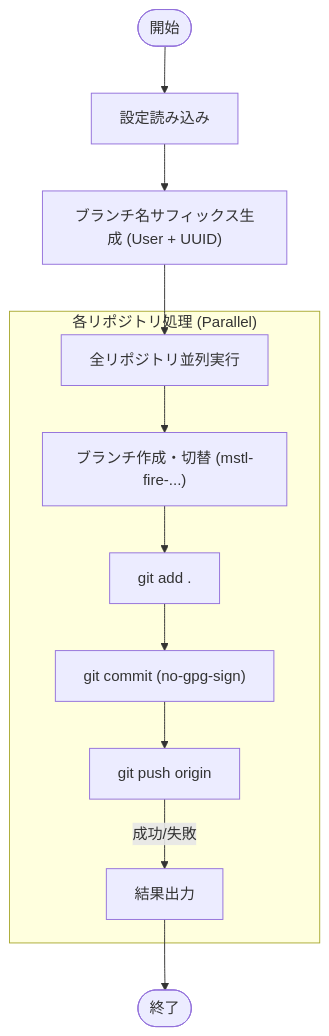
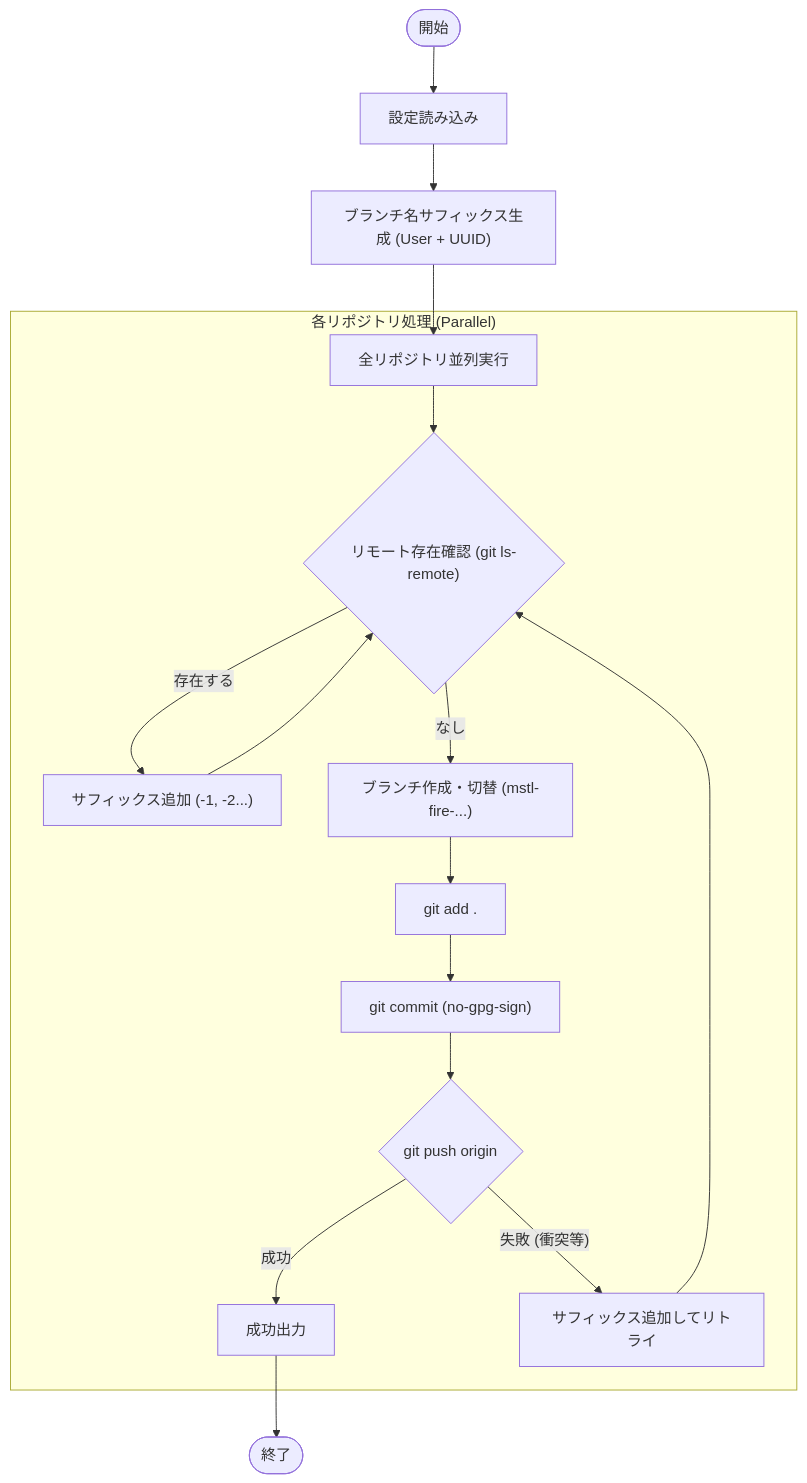
Before and after one commit to keiji/mistletoe: the diagram in docs/internal/app/fire.md, drawn with Mermaid. The commit also changed other lines of this file, not shown here.

First line of the commit message:
Update fire subcommand design doc

````diff
--- a/docs/internal/app/fire.md
+++ b/docs/internal/app/fire.md
@@ -28,16 +28,23 @@
 ```mermaid
 flowchart TD
     Start(["開始"]) --> LoadConfig["設定読み込み"]
     LoadConfig --> GenerateSuffix["ブランチ名サフィックス生成 (User + UUID)"]
     GenerateSuffix --> ParallelExec["全リポジトリ並列実行"]
 
     subgraph "各リポジトリ処理 (Parallel)"
-        ParallelExec --> CreateBranch["ブランチ作成・切替 (mstl-fire-...)"]
+        ParallelExec --> CheckRemote{"リモート存在確認 (git ls-remote)"}
+        CheckRemote -- "存在する" --> RetryName["サフィックス追加 (-1, -2...)"]
+        RetryName --> CheckRemote
+        CheckRemote -- "なし" --> CreateBranch["ブランチ作成・切替 (mstl-fire-...)"]
+
         CreateBranch --> AddAll["git add ."]
         AddAll --> Commit["git commit (no-gpg-sign)"]
-        Commit --> Push["git push origin"]
-        Push -- "成功/失敗" --> LogResult["結果出力"]
+        Commit --> Push{"git push origin"}
+
+        Push -- "成功" --> LogSuccess["成功出力"]
+        Push -- "失敗 (衝突等)" --> RetryPush["サフィックス追加してリトライ"]
+        RetryPush --> CheckRemote
     end
 
-    LogResult --> End(["終了"])
+    LogSuccess --> End(["終了"])
 ```
````
